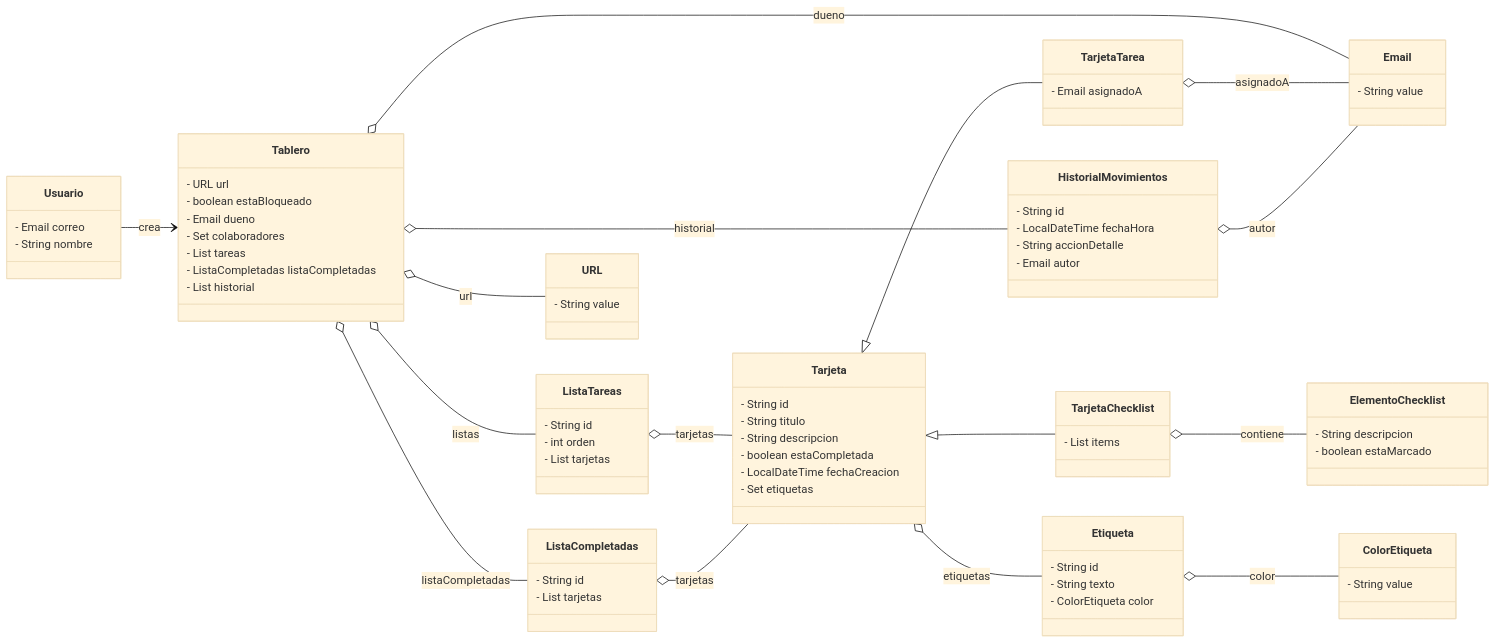
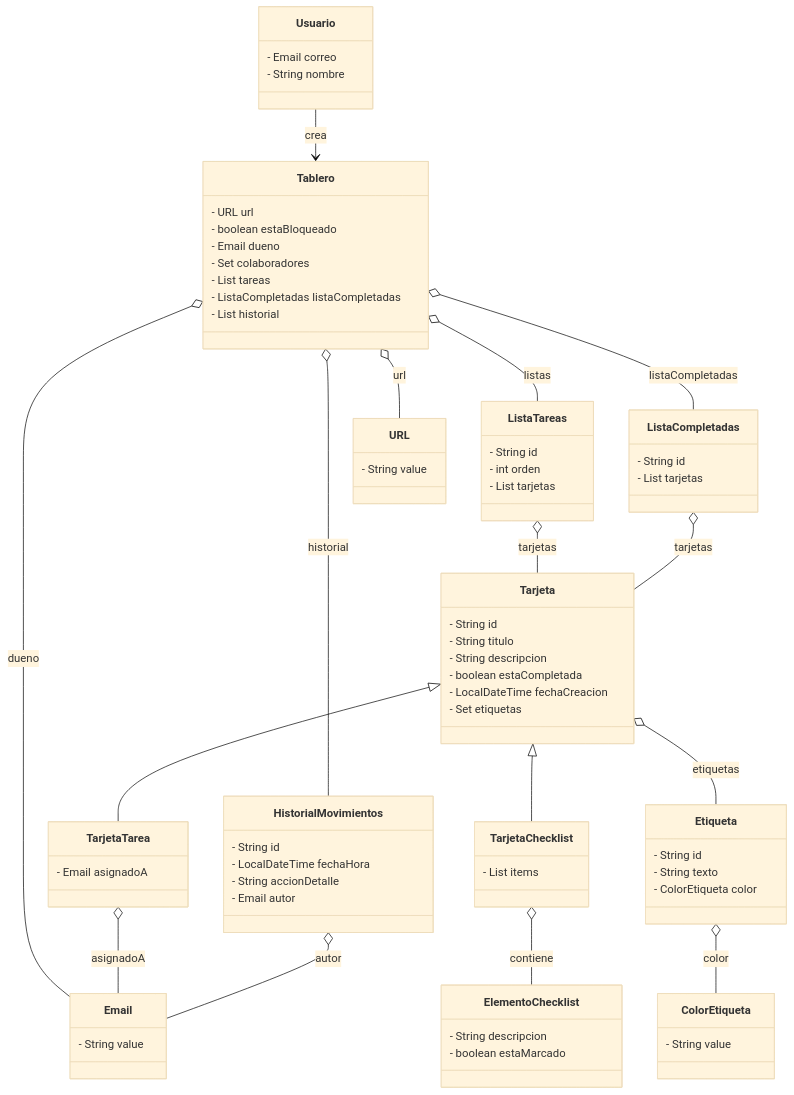
One commit to HCalipo/PDS changed the diagram in docs/DDDLO.md. Above: the diagram before and after it, drawn with Mermaid (base theme).

Commit message:
DOC - Estado final del diagrama

````diff
--- a/docs/DDDLO.md
+++ b/docs/DDDLO.md
@@ -20,82 +20,82 @@
 ```mermaid
 classDiagram
-    direction LR
+  direction TB
 
     class Usuario {
         - Email correo
         - String nombre
     }
     class Tablero {
         - URL url
         - boolean estaBloqueado
         - Email dueno
         - Set<Email> colaboradores
         - List<Tarjeta> tareas
         - ListaCompletadas listaCompletadas
         - List<HistorialMovimientos> historial
     }
     class ListaTareas {
         - String id
         - int orden
         - List<Tarjeta> tarjetas
     }
     class ListaCompletadas {
         - String id
         - List<Tarjeta> tarjetas
     }
     class Tarjeta {
         - String id
         - String titulo
         - String descripcion
         - boolean estaCompletada
         - LocalDateTime fechaCreacion
         - Set<Etiqueta> etiquetas
     }
     class TarjetaTarea {
         - Email asignadoA
     }
     class TarjetaChecklist {
         - List<ElementoChecklist> items
     }
     class Etiqueta {
         - String id
         - String texto
         - ColorEtiqueta color
     }
     class HistorialMovimientos {
         - String id
         - LocalDateTime fechaHora
         - String accionDetalle
         - Email autor
     }
     class Email {
         - String value
     }
     class URL {
         - String value
     }
     class ColorEtiqueta {
         - String value
     }
     class ElementoChecklist {
         - String descripcion
         - boolean estaMarcado
     }
 
     Tarjeta <|-- TarjetaTarea
     Tarjeta <|-- TarjetaChecklist
 
     Tablero o-- ListaTareas : listas
     Tablero o-- ListaCompletadas : listaCompletadas
     Tablero o-- HistorialMovimientos : historial
     Tablero o-- Email : dueno
     Tablero o-- URL : url
     ListaTareas o-- Tarjeta : tarjetas
     ListaCompletadas o-- Tarjeta : tarjetas
     Tarjeta o-- Etiqueta : etiquetas
     TarjetaTarea o-- Email : asignadoA
     TarjetaChecklist o-- ElementoChecklist : contiene
     Usuario --> Tablero : crea
     Etiqueta o-- ColorEtiqueta : color
     HistorialMovimientos o-- Email : autor
 ```
````
